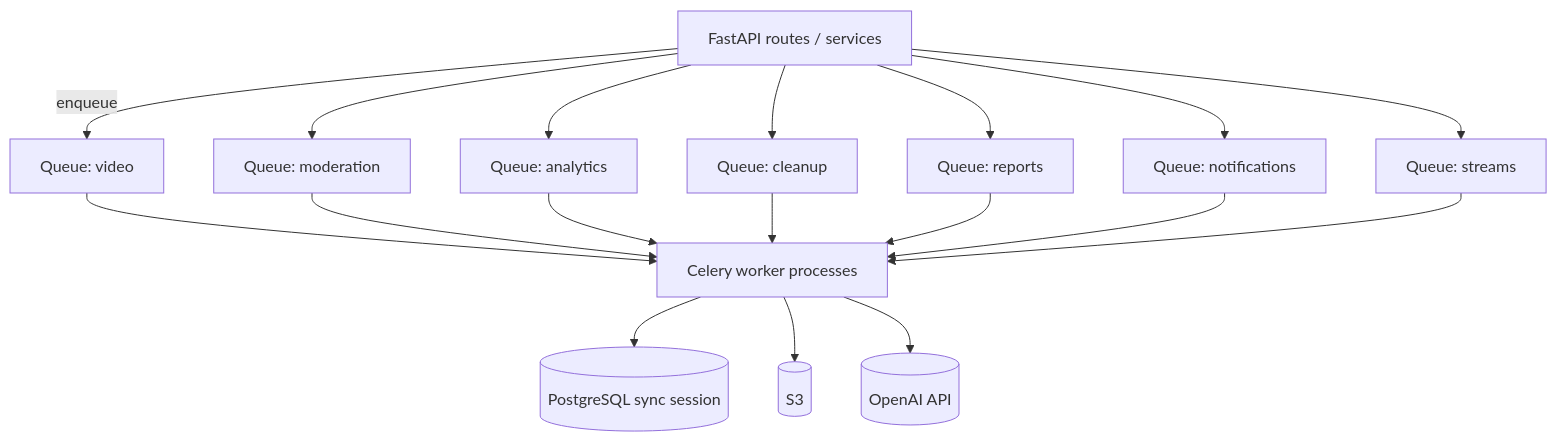
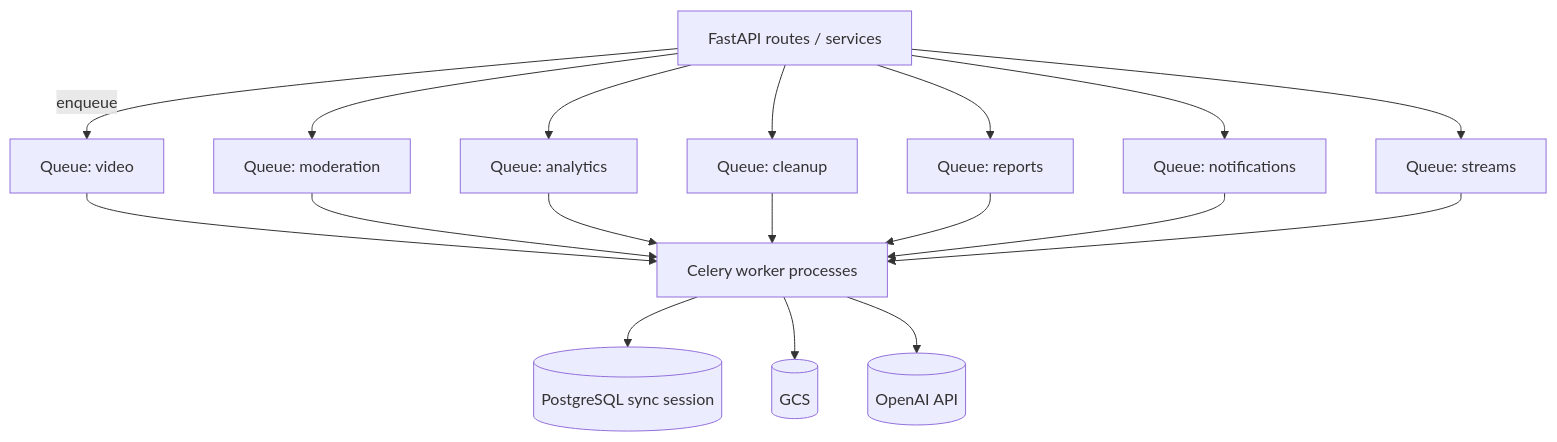
Before and after one commit to anulsasidharan/AI-Video-Intelligence-Content-Moderation-Platform: the second of 2 diagrams in docs/ARCHITECTURE.md, drawn with Mermaid. The commit also changed other lines of this file and 49 other files, not shown here.

````diff
--- a/docs/ARCHITECTURE.md
+++ b/docs/ARCHITECTURE.md
@@ -70,28 +70,28 @@
 ```mermaid
 flowchart TB
   API[FastAPI routes / services]
   QV[Queue: video]
   QM[Queue: moderation]
   QA[Queue: analytics]
   QC[Queue: cleanup]
   QR[Queue: reports]
   QN[Queue: notifications]
   QS[Queue: streams]
   API -->|enqueue| QV
   API --> QM
   API --> QA
   API --> QC
   API --> QR
   API --> QN
   API --> QS
   QV --> W[Celery worker processes]
   QM --> W
   QA --> W
   QC --> W
   QR --> W
   QN --> W
   QS --> W
   W --> DB[(PostgreSQL sync session)]
-  W --> S3[(S3)]
+  W --> GCS[(GCS)]
   W --> OAI[(OpenAI API)]
 ```
````
